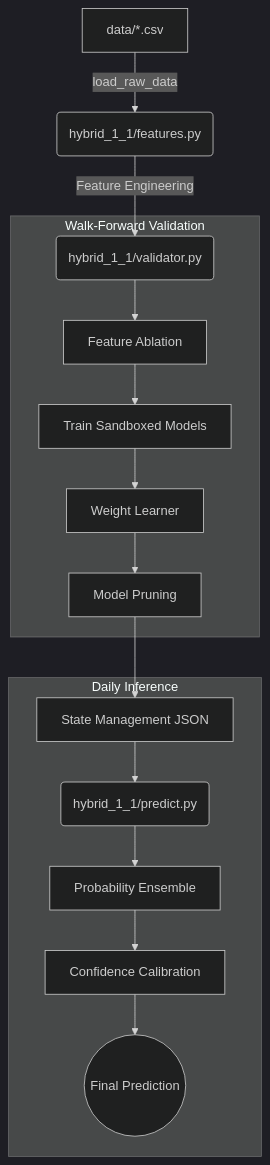
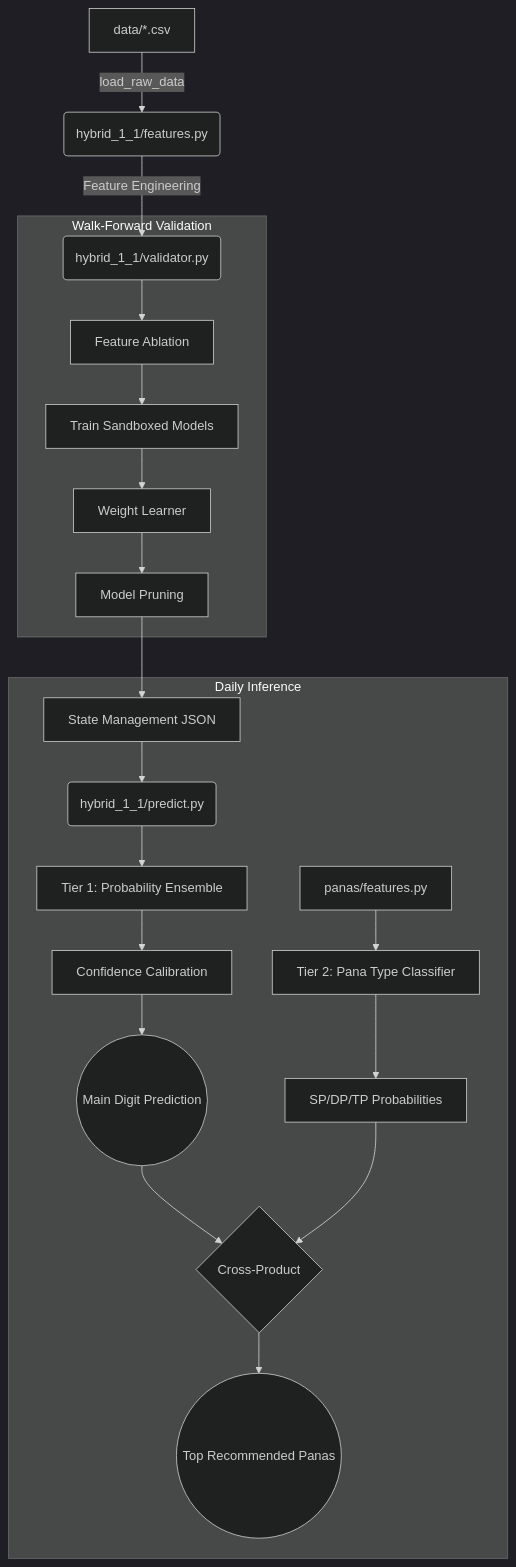
One commit to sagarsinde/ultimate_predictor changed the diagram in ARCHITECTURE.md. Above: the diagram before and after it, drawn with Mermaid (dark theme). The commit also changed other lines of this file and 9 other files, not shown here.

Commit message:
Implement Two-Tier Pana Predictions in dedicated panas folder

````diff
--- a/ARCHITECTURE.md
+++ b/ARCHITECTURE.md
@@ -7,21 +7,29 @@
 ```mermaid
 graph TD
     A[data/*.csv] -->|load_raw_data| B(hybrid_1_1/features.py)
     B -->|Feature Engineering| C(hybrid_1_1/validator.py)
     
     subgraph Walk-Forward Validation
         C --> D[Feature Ablation]
         D --> E[Train Sandboxed Models]
         E --> F[Weight Learner]
         F --> G[Model Pruning]
     end
     
     G --> H[State Management JSON]
     
     subgraph Daily Inference
         H --> I(hybrid_1_1/predict.py)
-        I --> J[Probability Ensemble]
+        I --> J[Tier 1: Probability Ensemble]
+        
+        M[panas/features.py] --> N[Tier 2: Pana Type Classifier]
+        N --> O[SP/DP/TP Probabilities]
+        
         J --> K[Confidence Calibration]
-        K --> L((Final Prediction))
+        K --> L((Main Digit Prediction))
+        
+        L --> P{Cross-Product}
+        O --> P
+        P --> Q((Top Recommended Panas))
     end
 ```
````
